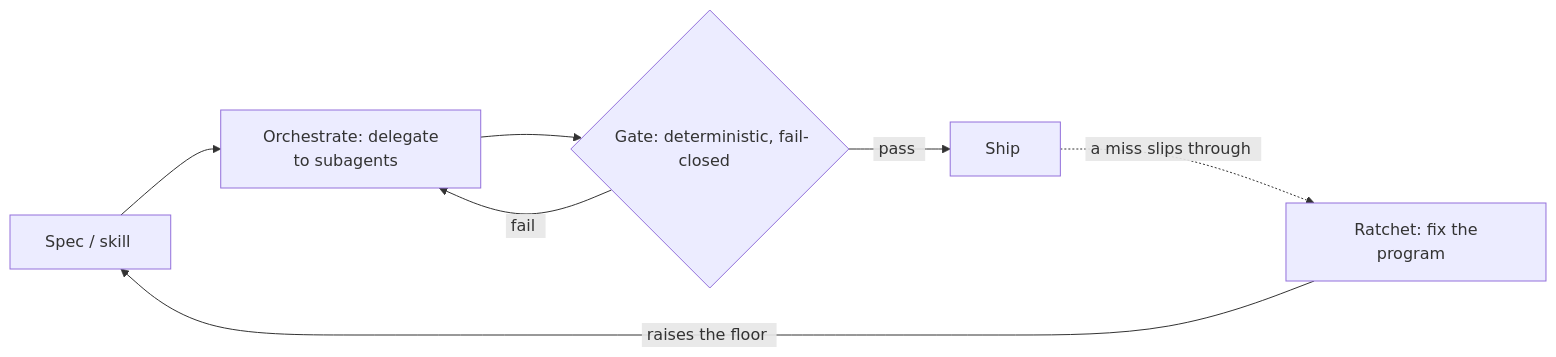
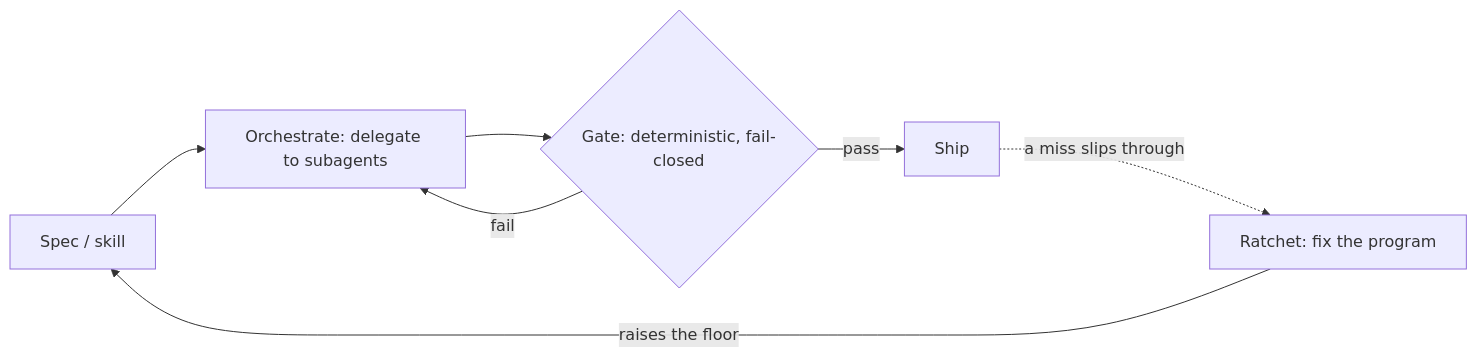
One commit to qufeiz/portfolio changed the diagram in src/content/articles/orchestrate-gate-ratchet.md. Above: the diagram before and after it, drawn with Mermaid. The commit also changed 5 other files, not shown here.

````diff
--- a/src/content/articles/orchestrate-gate-ratchet.md
+++ b/src/content/articles/orchestrate-gate-ratchet.md
@@ -20,9 +20,9 @@
 ```mermaid
 flowchart LR
-  S["&nbsp;Spec / skill&nbsp;&nbsp;"] --> O["&nbsp;Orchestrate: delegate to subagents&nbsp;&nbsp;"]
-  O --> G{"&nbsp;Gate: deterministic, fail-closed&nbsp;&nbsp;"}
-  G -->|"&nbsp;pass&nbsp;&nbsp;"| Ship["&nbsp;Ship&nbsp;&nbsp;"]
-  G -->|"&nbsp;fail&nbsp;&nbsp;"| O
-  Ship -.->|"&nbsp;a miss slips through&nbsp;&nbsp;"| R["&nbsp;Ratchet: fix the program&nbsp;&nbsp;"]
-  R -->|"&nbsp;raises the floor&nbsp;&nbsp;"| S
+  S["Spec / skill"] --> O["Orchestrate: delegate to subagents"]
+  O --> G{"Gate: deterministic, fail-closed"}
+  G -->|"pass"| Ship["Ship"]
+  G -->|"fail"| O
+  Ship -.->|"a miss slips through"| R["Ratchet: fix the program"]
+  R -->|"raises the floor"| S
 ```
````
